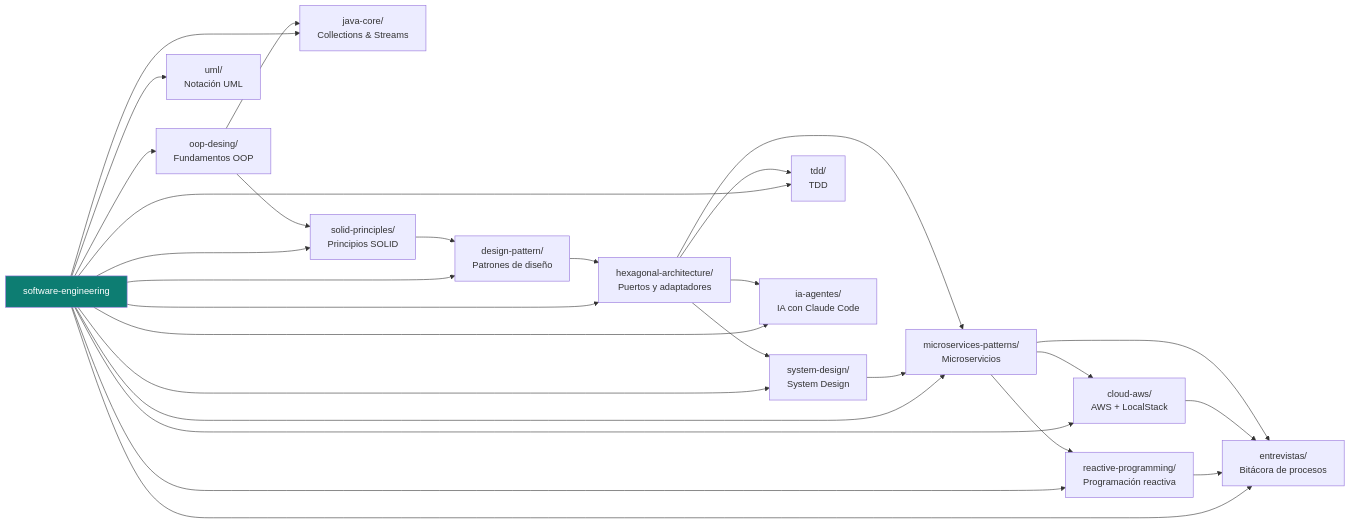
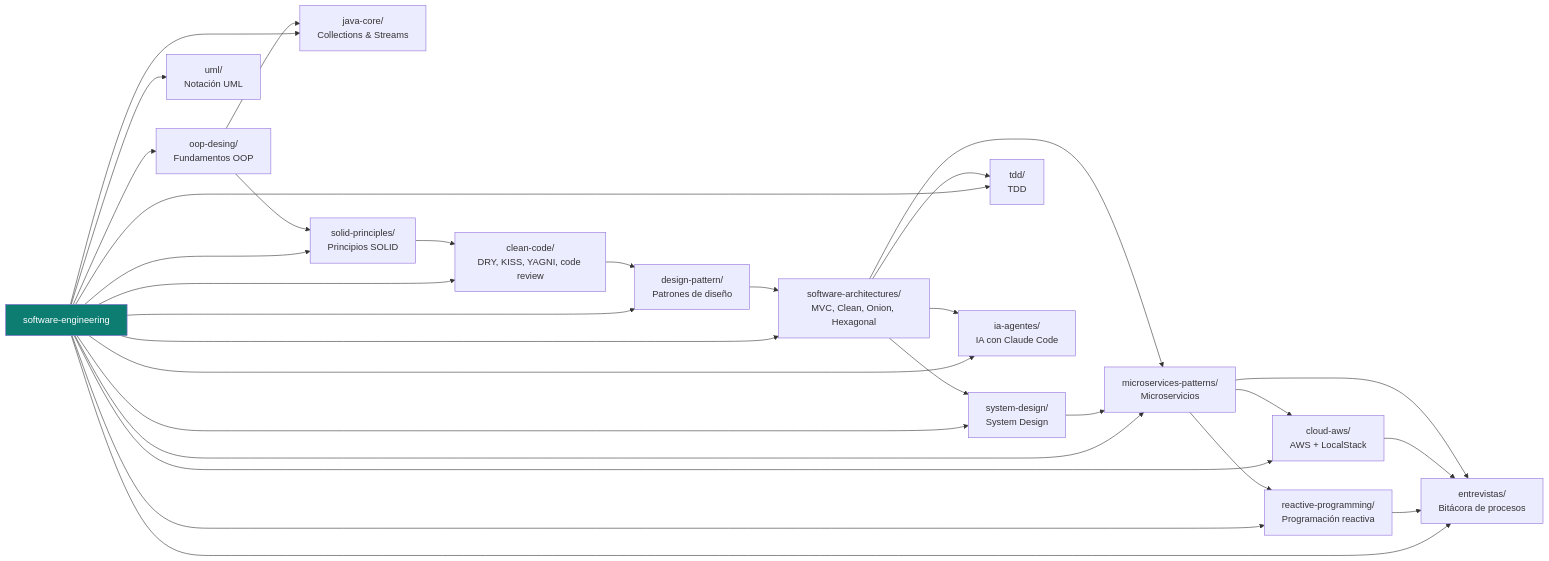
The diagram in README.md (edzamo/software-engineering), drawn with Mermaid before and after one commit. The commit also changed other lines of this file and 23 other files, not shown here.

First line of the commit message:
Add documentation for software architecture patterns and clean code principles

````diff
--- a/README.md
+++ b/README.md
@@ -9,35 +9,37 @@
 ```mermaid
 graph LR
     root["software-engineering"]
 
     root --> oop["oop-desing/<br/>Fundamentos OOP"]
     root --> javacore["java-core/<br/>Collections &amp; Streams"]
     root --> solid["solid-principles/<br/>Principios SOLID"]
+    root --> cc["clean-code/<br/>DRY, KISS, YAGNI, code review"]
     root --> dp["design-pattern/<br/>Patrones de diseño"]
     root --> uml["uml/<br/>Notación UML"]
-    root --> hex["hexagonal-architecture/<br/>Puertos y adaptadores"]
+    root --> arch["software-architectures/<br/>MVC, Clean, Onion, Hexagonal"]
     root --> sysdes["system-design/<br/>System Design"]
     root --> micro["microservices-patterns/<br/>Microservicios"]
     root --> reactive["reactive-programming/<br/>Programación reactiva"]
     root --> aws["cloud-aws/<br/>AWS + LocalStack"]
     root --> tdd["tdd/<br/>TDD"]
     root --> ia["ia-agentes/<br/>IA con Claude Code"]
     root --> entrevistas["entrevistas/<br/>Bitácora de procesos"]
 
     oop --> javacore
     oop --> solid
-    solid --> dp
-    dp --> hex
-    hex --> sysdes
+    solid --> cc
+    cc --> dp
+    dp --> arch
+    arch --> sysdes
     sysdes --> micro
-    hex --> micro
+    arch --> micro
     micro --> reactive
     micro --> aws
-    hex --> tdd
-    hex --> ia
+    arch --> tdd
+    arch --> ia
     reactive --> entrevistas
     aws --> entrevistas
     micro --> entrevistas
 
     style root fill:#0d7d72,color:#fff
 ```
````
